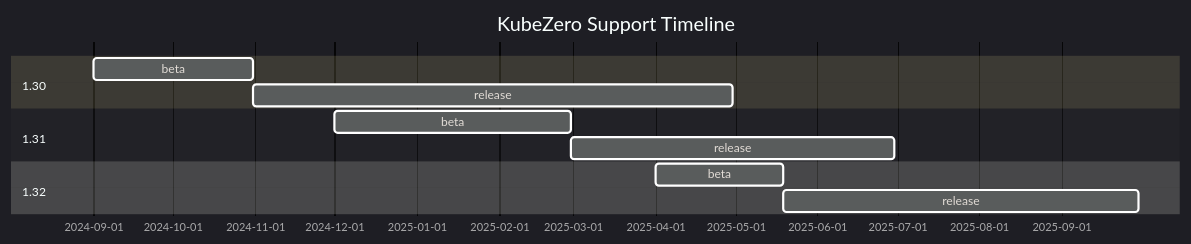
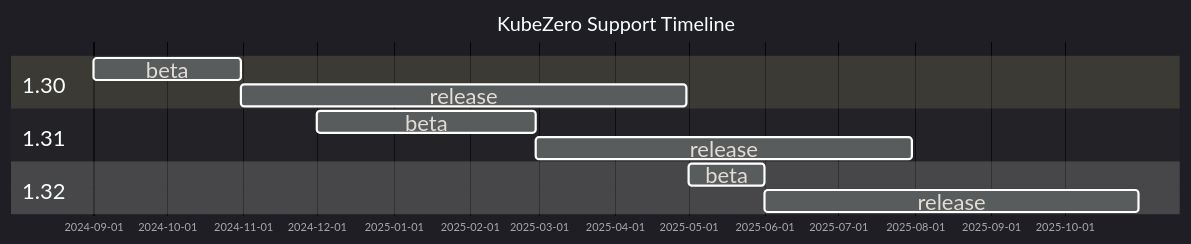
The diagram in README.md (Zero-Down-Time/KubeZero), drawn with Mermaid before and after one commit.

Commit message:
docs: update release schedule

````diff
--- a/README.md
+++ b/README.md
@@ -26,15 +26,15 @@
 ```mermaid
-%%{init: {'theme':'dark'}}%%
+%%{init: {'theme': 'dark', 'gantt': {'fontSize': '20','sectionFontSize':'20'}}}%%
 gantt
     title KubeZero Support Timeline
     dateFormat  YYYY-MM-DD
     section 1.30
     beta     :130b, 2024-09-01, 2024-10-31
     release  :after 130b, 2025-04-30
     section 1.31
     beta     :131b, 2024-12-01, 2025-02-28
-    release  :after 131b, 2025-06-30
+    release  :after 131b, 2025-07-31
     section 1.32
-    beta     :132b, 2025-04-01, 2025-05-19
-    release  :after 132b, 2025-09-30
+    beta     :132b, 2025-05-01, 2025-06-01
+    release  :after 132b, 2025-10-31
 ```
````
